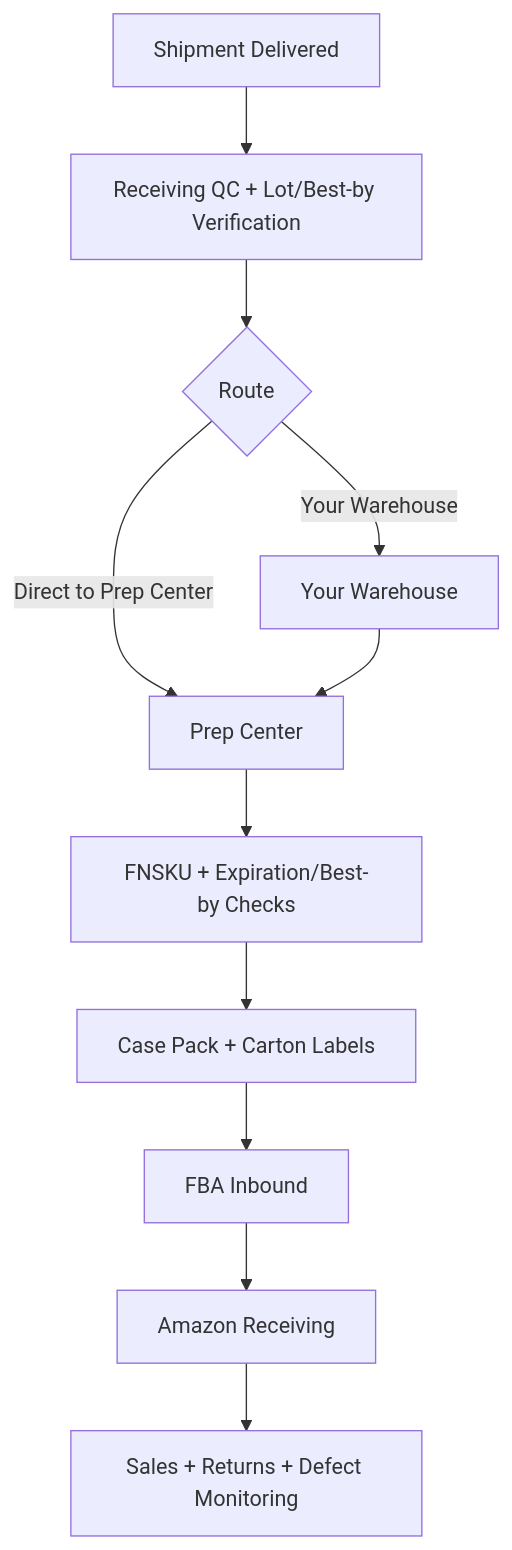
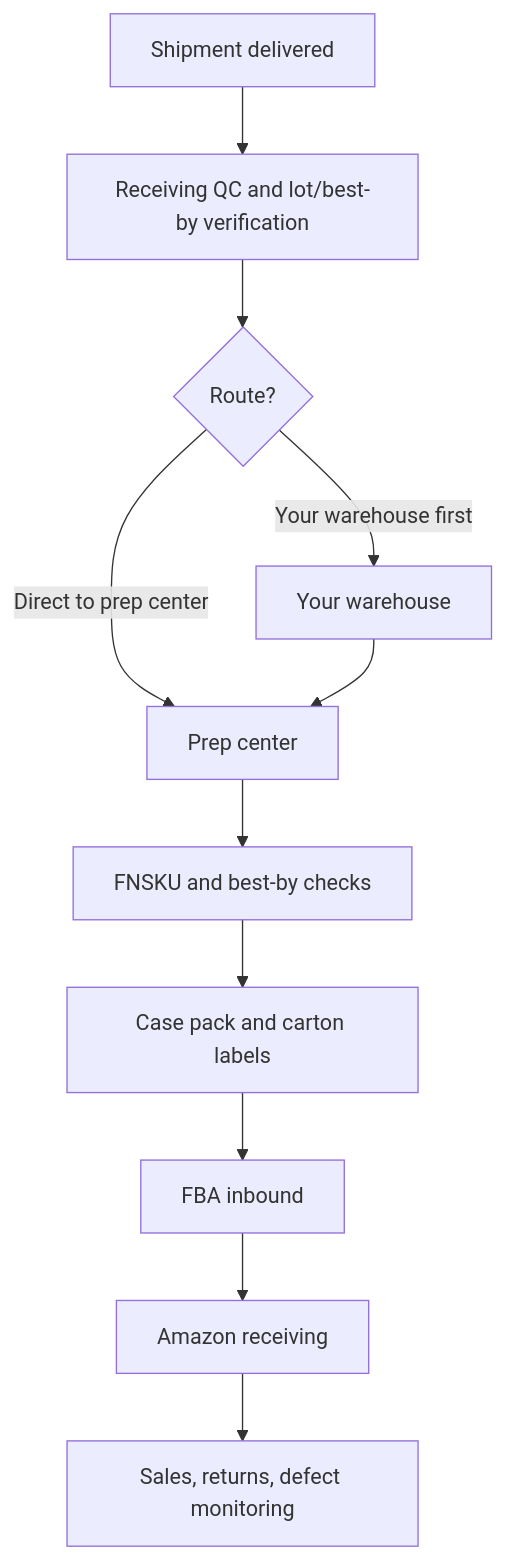
Diagram 12 of 15 in README.md (FullyDevOps/flow), drawn with Mermaid before and after one commit. The commit also changed other lines of this file, not shown here.

First line of the commit message:
Refine Mermaid diagrams and descriptions in README

````diff
--- a/README.md
+++ b/README.md
@@ -243,14 +277,15 @@
 ```mermaid
 flowchart TD
-  A[Shipment Delivered] --> B[Receiving QC + Lot/Best-by Verification]
-  B --> C{Route}
-  C -->|Direct to Prep Center| P[Prep Center]
-  C -->|Your Warehouse| W[Your Warehouse]
+  A["Shipment delivered"] --> B["Receiving QC and lot/best-by verification"]
+  B --> C{"Route?"}
+
+  C -->|Direct to prep center| P["Prep center"]
+  C -->|Your warehouse first| W["Your warehouse"]
 
   W --> P
-  P --> L1[FNSKU + Expiration/Best-by Checks]
-  L1 --> L2[Case Pack + Carton Labels]
-  L2 --> L3[FBA Inbound]
-  L3 --> L4[Amazon Receiving]
-  L4 --> L5[Sales + Returns + Defect Monitoring]
+  P --> L1["FNSKU and best-by checks"]
+  L1 --> L2["Case pack and carton labels"]
+  L2 --> L3["FBA inbound"]
+  L3 --> L4["Amazon receiving"]
+  L4 --> L5["Sales, returns, defect monitoring"]
 ```
````
